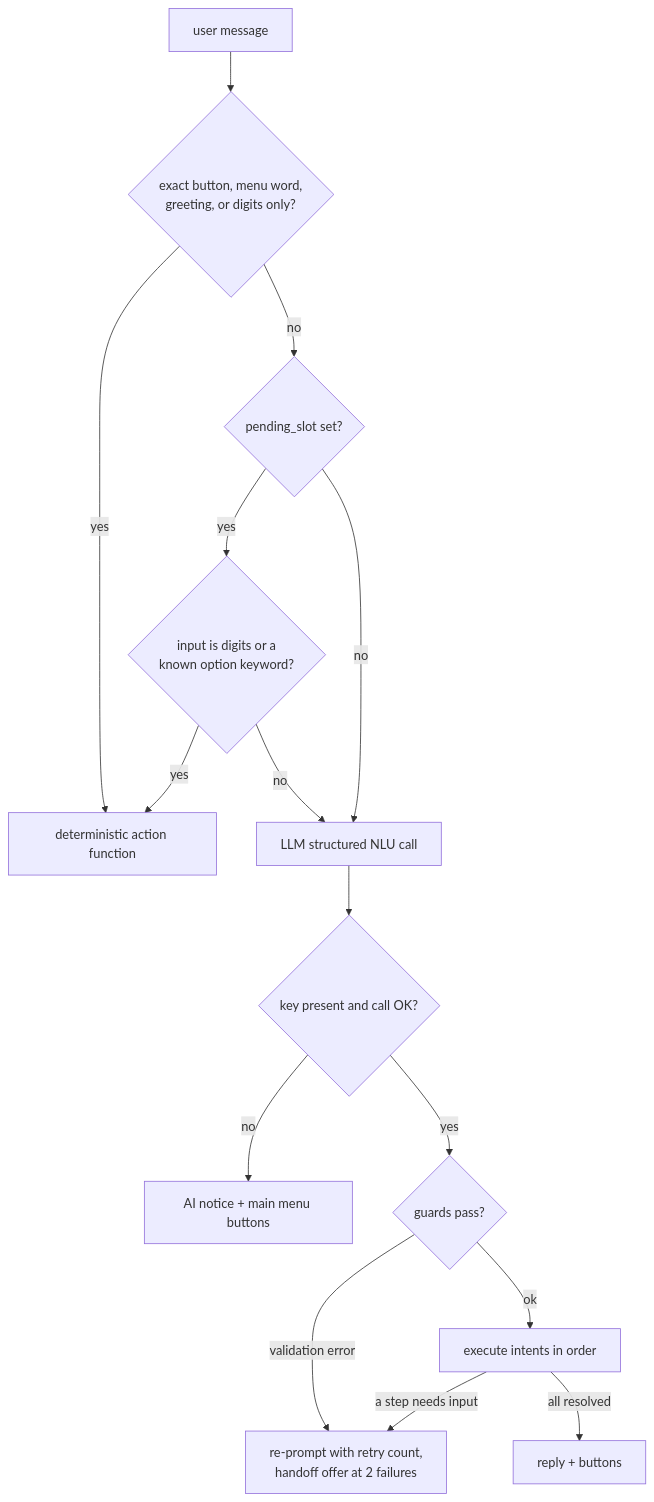
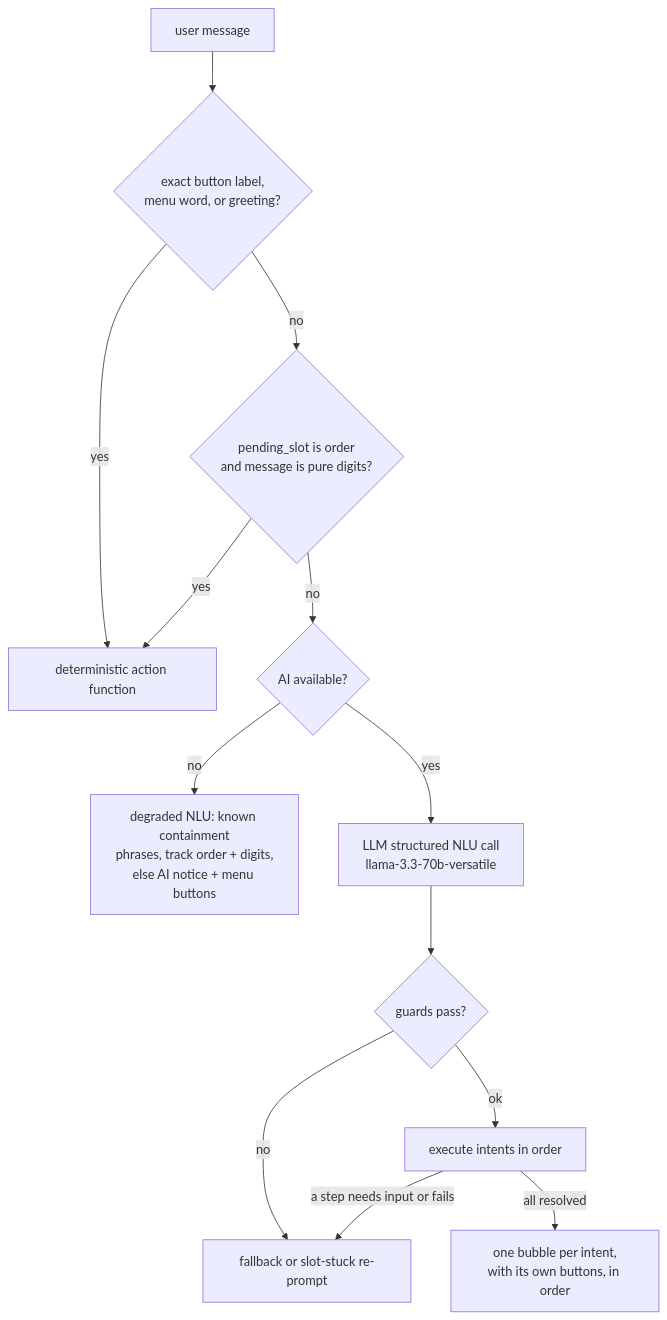
One commit to pkbros/cutomerBot2 changed the fourth of 9 diagrams in architecture.md. Above: the diagram before and after it, drawn with Mermaid. The commit also changed other lines of this file and 6 other files, not shown here.

````diff
--- a/architecture.md
+++ b/architecture.md
@@ -141,17 +140,15 @@
 ```mermaid
 flowchart TD
-    A[user message] --> B{exact button, menu word,<br/>greeting, or digits only?}
+    A[user message] --> B{exact button label,<br/>menu word, or greeting?}
     B -- yes --> C[deterministic action function]
-    B -- no --> D{pending_slot set?}
-    D -- yes --> E{input is digits or a<br/>known option keyword?}
-    E -- yes --> C
-    E -- no --> F[LLM structured NLU call]
-    D -- no --> F
-    F --> G{key present and call OK?}
-    G -- no --> K[AI notice + main menu buttons]
-    G -- yes --> H{guards pass?}
-    H -- validation error --> I[re-prompt with retry count,<br/>handoff offer at 2 failures]
+    B -- no --> D{pending_slot is order<br/>and message is pure digits?}
+    D -- yes --> C
+    D -- no --> E{AI available?}
+    E -- no --> F[degraded NLU: known containment<br/>phrases, track order + digits,<br/>else AI notice + menu buttons]
+    E -- yes --> G[LLM structured NLU call<br/>llama-3.3-70b-versatile]
+    G --> H{guards pass?}
+    H -- no --> I[fallback or slot-stuck re-prompt]
     H -- ok --> J[execute intents in order]
-    J -- a step needs input --> I
-    J -- all resolved --> L[reply + buttons]
+    J -- a step needs input or fails --> I
+    J -- all resolved --> L[one bubble per intent,<br/>with its own buttons, in order]
 ```
````
